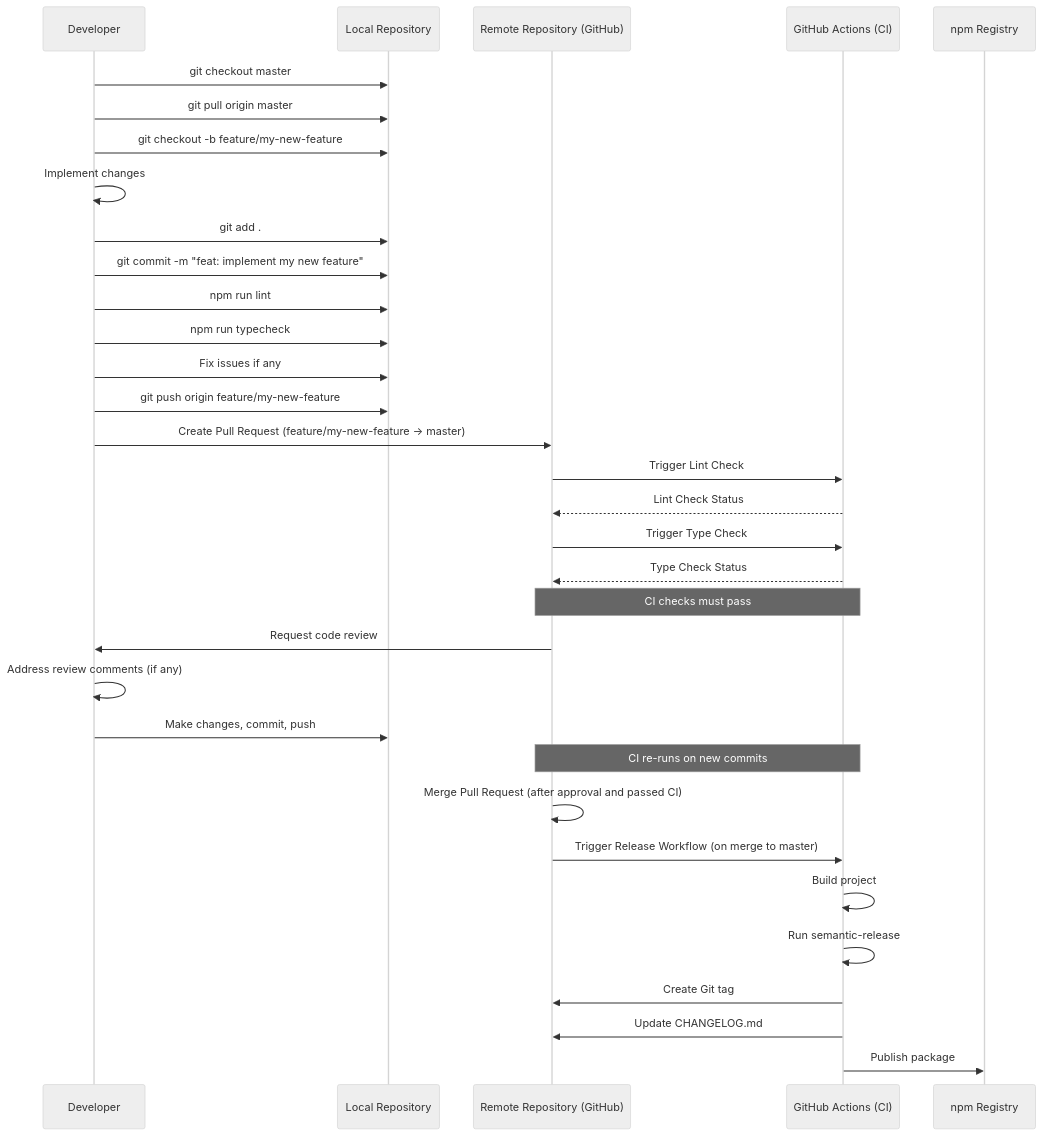
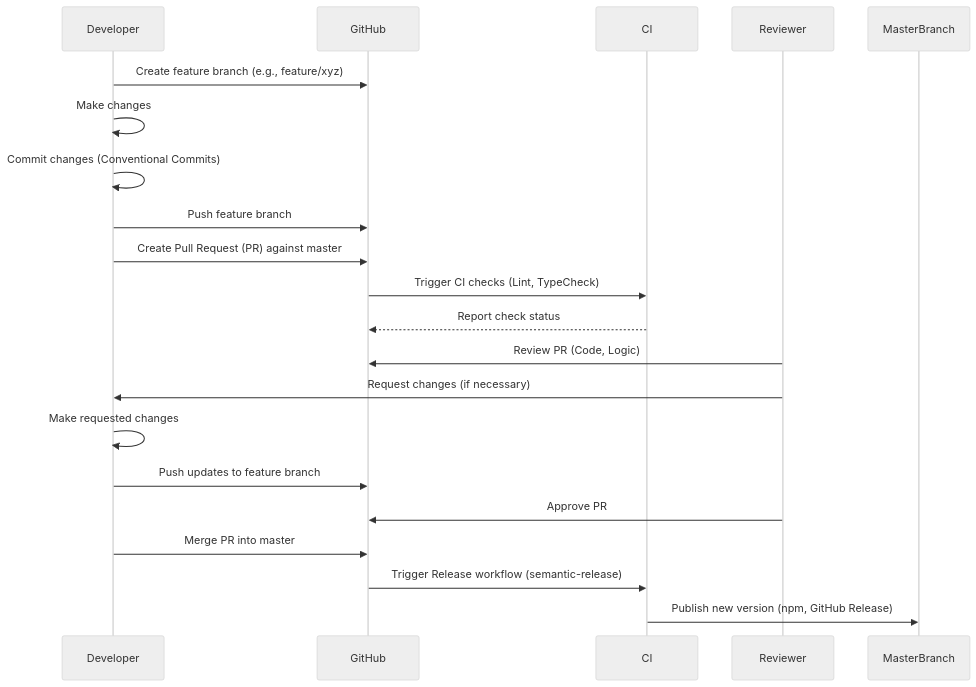
Before and after one commit to tkhs0813/docgenius: the diagram in output/development-ja.md, drawn with Mermaid (neutral theme). The commit also changed other lines of this file and 1 other file, not shown here.

````diff
--- a/output/development-ja.md
+++ b/output/development-ja.md
@@ -149,35 +102,24 @@
 ```mermaid
 sequenceDiagram
     participant Developer
-    participant LocalRepo as Local Repository
-    participant RemoteRepo as Remote Repository (GitHub)
-    participant CI as GitHub Actions (CI)
+    participant GitHub
+    participant CI
+    participant Reviewer
+    participant MasterBranch
 
-    Developer->>LocalRepo: git checkout master
-    Developer->>LocalRepo: git pull origin master
-    Developer->>LocalRepo: git checkout -b feature/my-new-feature
-    Developer->>Developer: Implement changes
-    Developer->>LocalRepo: git add .
-    Developer->>LocalRepo: git commit -m "feat: implement my new feature"
-    Developer->>LocalRepo: npm run lint
-    Developer->>LocalRepo: npm run typecheck
-    Developer->>LocalRepo: Fix issues if any
-    Developer->>LocalRepo: git push origin feature/my-new-feature
-    Developer->>RemoteRepo: Create Pull Request (feature/my-new-feature -> master)
-    RemoteRepo->>CI: Trigger Lint Check
-    CI-->>RemoteRepo: Lint Check Status
-    RemoteRepo->>CI: Trigger Type Check
-    CI-->>RemoteRepo: Type Check Status
-    Note over RemoteRepo, CI: CI checks must pass
-    RemoteRepo->>Developer: Request code review
-    Developer->>Developer: Address review comments (if any)
-    Developer->>LocalRepo: Make changes, commit, push
-    Note over RemoteRepo, CI: CI re-runs on new commits
-    RemoteRepo->>RemoteRepo: Merge Pull Request (after approval and passed CI)
-    RemoteRepo->>CI: Trigger Release Workflow (on merge to master)
-    CI->>CI: Build project
-    CI->>CI: Run semantic-release
-    CI->>RemoteRepo: Create Git tag
-    CI->>RemoteRepo: Update CHANGELOG.md
-    CI->>npm Registry: Publish package
+    Developer->>GitHub: Create feature branch (e.g., feature/xyz)
+    Developer->>Developer: Make changes
+    Developer->>Developer: Commit changes (Conventional Commits)
+    Developer->>GitHub: Push feature branch
+    Developer->>GitHub: Create Pull Request (PR) against master
+    GitHub->>CI: Trigger CI checks (Lint, TypeCheck)
+    CI-->>GitHub: Report check status
+    Reviewer->>GitHub: Review PR (Code, Logic)
+    Reviewer->>Developer: Request changes (if necessary)
+    Developer->>Developer: Make requested changes
+    Developer->>GitHub: Push updates to feature branch
+    Reviewer->>GitHub: Approve PR
+    Developer->>GitHub: Merge PR into master
+    GitHub->>CI: Trigger Release workflow (semantic-release)
+    CI->>MasterBranch: Publish new version (npm, GitHub Release)
 ```
````
